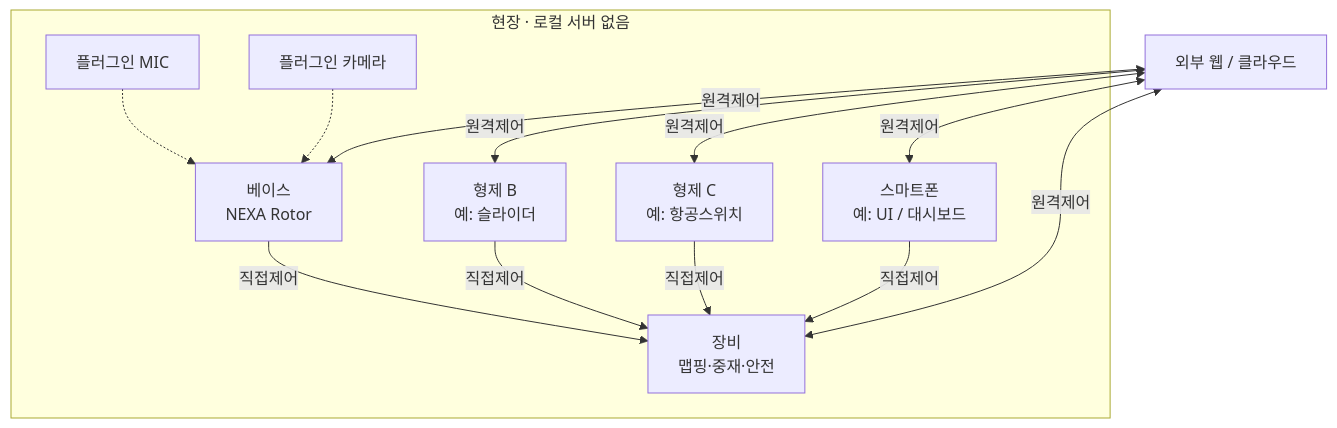
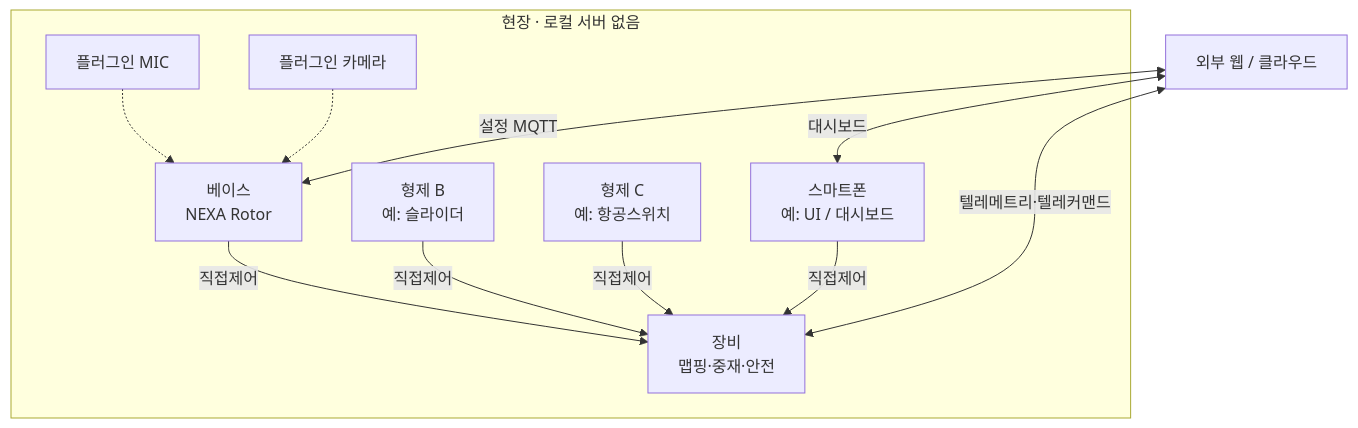
The second of 2 diagrams in NEXA V2.0/APP_V2.0/_inbox/_done/NEXA BEE 양봉/모듈형 오픈 컨트롤러(Modular Open Controller).md (U2SOUTION/NEXA), drawn with Mermaid before and after one commit. The commit also changed other lines of this file and 5 other files, not shown here.

````diff
--- a/NEXA V2.0/APP_V2.0/_inbox/_done/NEXA BEE 양봉/모듈형 오픈 컨트롤러(Modular Open Controller).md
+++ b/NEXA V2.0/APP_V2.0/_inbox/_done/NEXA BEE 양봉/모듈형 오픈 컨트롤러(Modular Open Controller).md
@@ -170,27 +185,25 @@
 ```mermaid
 graph TD
 
     Ext["외부 웹 / 클라우드"]
 
     subgraph Site2 ["현장 · 로컬 서버 없음"]
         CtrlA2["베이스<br/>NEXA Rotor"]
         CtrlB2["형제 B<br/>예: 슬라이더"]
         CtrlC2["형제 C<br/>예: 항공스위치"]
         Phone2["스마트폰<br/>예: UI / 대시보드"]
         PlugMic2["플러그인 MIC"] -.-> CtrlA2
         PlugCam2["플러그인 카메라"] -.-> CtrlA2
 
         Device2["장비<br/>맵핑·중재·안전"]
     end
 
-    Ext <-->|원격제어| CtrlA2
-    Ext <-->|원격제어| CtrlB2
-    Ext <-->|원격제어| CtrlC2
-    Ext <-->|원격제어| Phone2
-    Ext <-->|원격제어| Device2
+    Ext <-->|"설정 MQTT"| CtrlA2
+    Ext <-->|대시보드| Phone2
+    Ext <-->|"텔레메트리·텔레커맨드"| Device2
 
     CtrlA2 -->|직접제어| Device2
     CtrlB2 -->|직접제어| Device2
     CtrlC2 -->|직접제어| Device2
     Phone2 -->|직접제어| Device2
 ```
````
